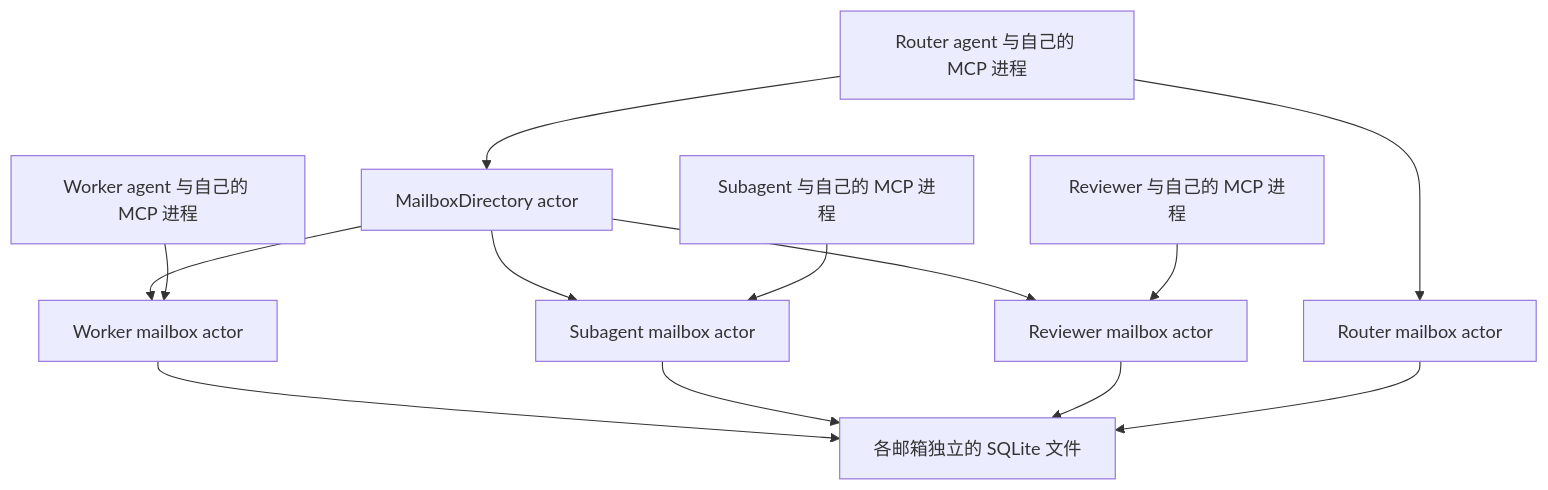
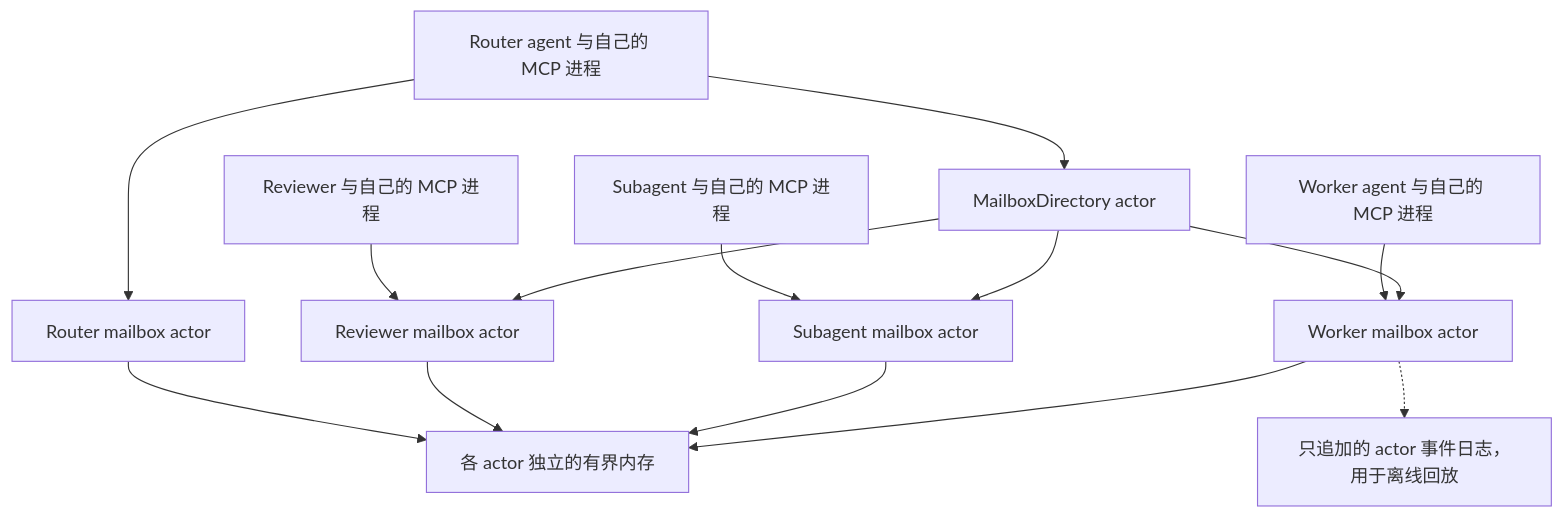
One commit to DeepLink-org/Pulsing changed the first of 2 diagrams in docs/src/design/agent-mailboxes.md. Above: the diagram before and after it, drawn with Mermaid. The commit also changed other lines of this file and 38 other files, not shown here.

````diff
--- a/docs/src/design/agent-mailboxes.md
+++ b/docs/src/design/agent-mailboxes.md
@@ -30,15 +34,16 @@
 ```mermaid
 flowchart TB
     R["Router agent 与自己的 MCP 进程"] --> RM["Router mailbox actor"]
     R --> D["MailboxDirectory actor"]
     D --> WM["Worker mailbox actor"]
     D --> SM["Subagent mailbox actor"]
     D --> VM["Reviewer mailbox actor"]
     W["Worker agent 与自己的 MCP 进程"] --> WM
     S["Subagent 与自己的 MCP 进程"] --> SM
     V["Reviewer 与自己的 MCP 进程"] --> VM
-    WM --> DB["各邮箱独立的 SQLite 文件"]
-    SM --> DB
-    VM --> DB
-    RM --> DB
+    WM --> RAM["各 actor 独立的有界内存"]
+    SM --> RAM
+    VM --> RAM
+    RM --> RAM
+    WM -.-> LOG["只追加的 actor 事件日志，用于离线回放"]
 ```
````
